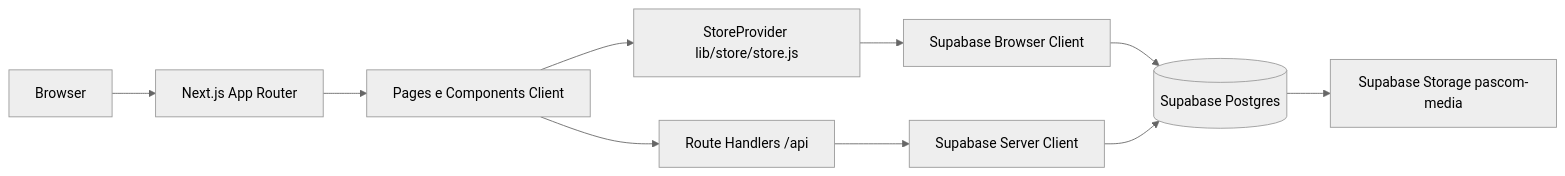
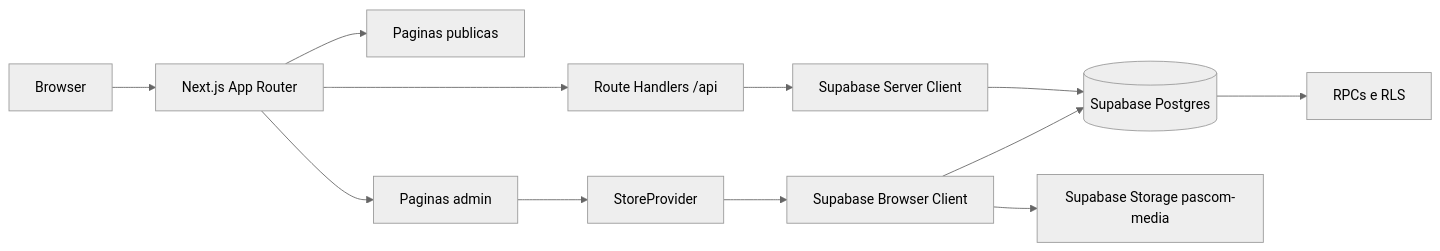
Before and after one commit to victorpessoa-dev/pascom-stream-view: the diagram in docs/visao-geral.md, drawn with Mermaid (neutral theme). The commit also changed other lines of this file and 22 other files, not shown here.

````diff
--- a/docs/visao-geral.md
+++ b/docs/visao-geral.md
@@ -20,12 +13,14 @@
 ```mermaid
 flowchart LR
   Browser[Browser] --> Next[Next.js App Router]
-  Next --> Pages[Pages e Components Client]
-  Pages --> Store[StoreProvider lib/store/store.js]
-  Pages --> API[Route Handlers /api]
+  Next --> Public[Paginas publicas]
+  Next --> Admin[Paginas admin]
+  Next --> API[Route Handlers /api]
+  Admin --> Store[StoreProvider]
   Store --> SupabaseBrowser[Supabase Browser Client]
   API --> SupabaseServer[Supabase Server Client]
   SupabaseBrowser --> DB[(Supabase Postgres)]
   SupabaseServer --> DB
-  DB --> Storage[Supabase Storage pascom-media]
+  DB --> RPC[RPCs e RLS]
+  SupabaseBrowser --> Storage[Supabase Storage pascom-media]
 ```
````
